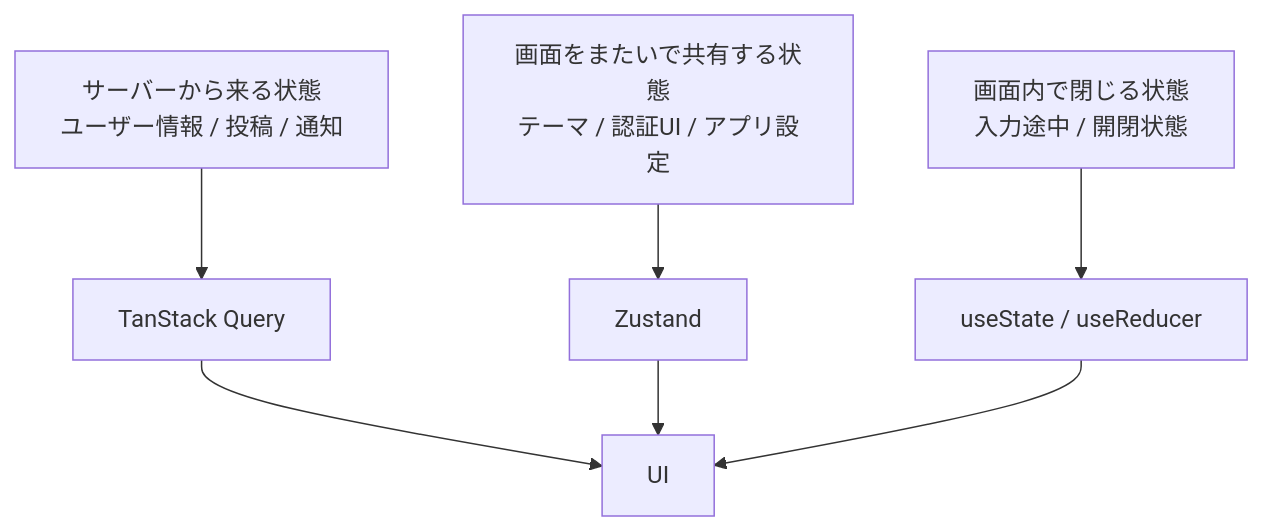
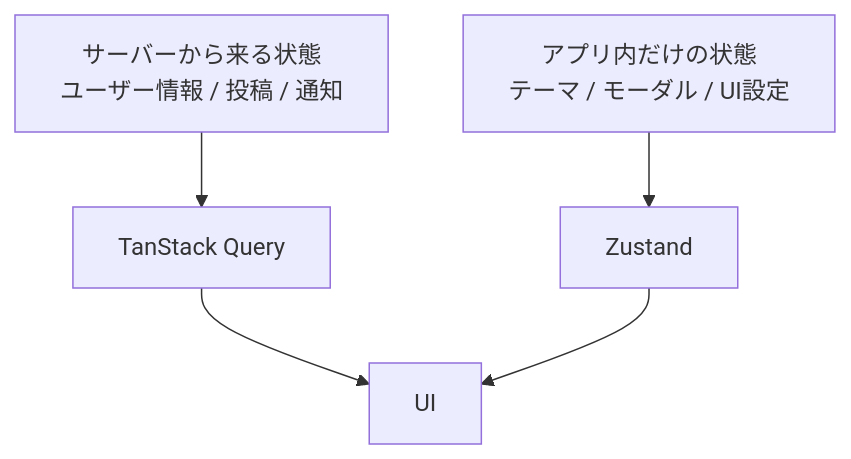
One commit to x1a0q1/zenn-contents changed the fourth of 4 diagrams in articles/rn-devmap-in-2026.md. Above: the diagram before and after it, drawn with Mermaid. The commit also changed other lines of this file, not shown here.

````diff
--- a/articles/rn-devmap-in-2026.md
+++ b/articles/rn-devmap-in-2026.md
@@ -274,10 +275,8 @@
 ```mermaid
 flowchart TB
   Server[サーバーから来る状態<br/>ユーザー情報 / 投稿 / 通知] --> TQ[TanStack Query]
-  Shared[画面をまたいで共有する状態<br/>テーマ / 認証UI / アプリ設定] --> Zustand[Zustand]
-  Local[画面内で閉じる状態<br/>入力途中 / 開閉状態] --> ReactState[useState / useReducer]
+  Local[アプリ内だけの状態<br/>テーマ / モーダル / UI設定] --> Zustand[Zustand]
 
   TQ --> UI[UI]
   Zustand --> UI
-  ReactState --> UI
 ```
````
